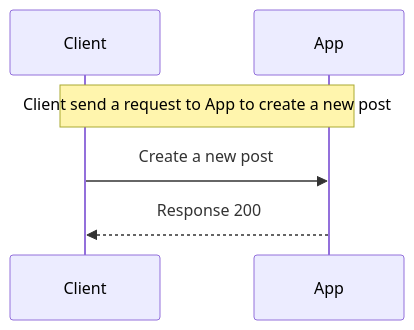
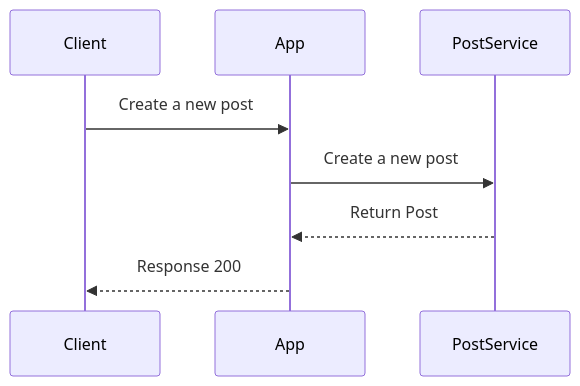
Before and after one commit to doanthuanthanh88/yas-sequence-diagram: the fourth of 14 diagrams in GUIDE.md, drawn with Mermaid. The commit also changed other lines of this file and 14 other files, not shown here.

````diff
--- a/GUIDE.md
+++ b/GUIDE.md
@@ -99,7 +193,8 @@
 ```mermaid
 sequenceDiagram
 
-NOTE OVER Client, App: Client send a request to App to create a new post
 Client ->> App: Create a new post
+App ->> PostService: Create a new post
+PostService -->> App: Return Post
 App -->> Client: Response 200
 ```
````
